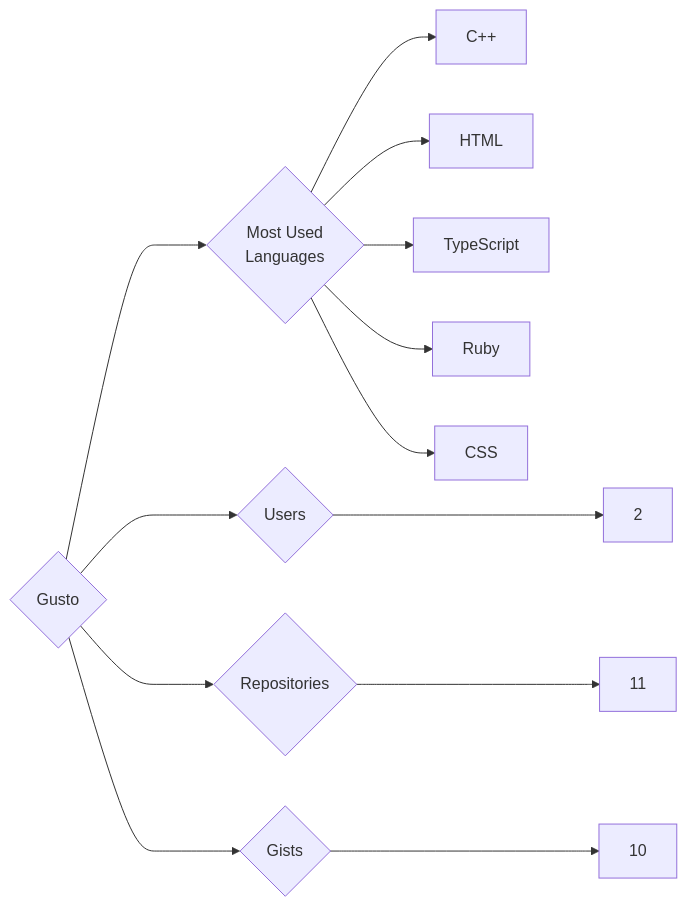
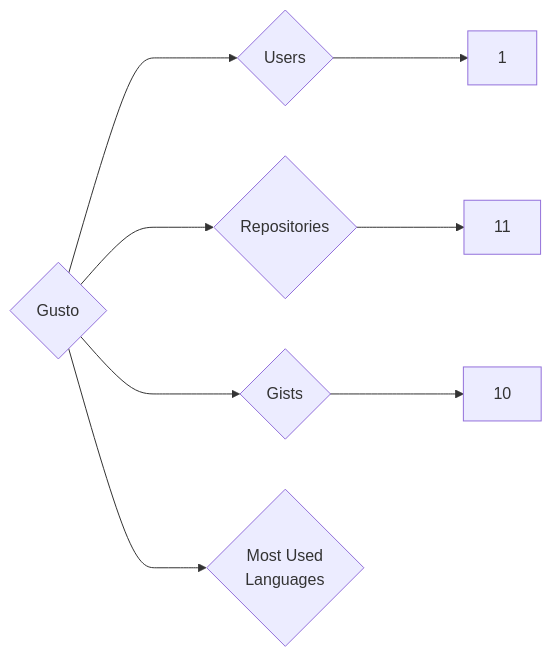
Before and after one commit to trickest/insiders: the diagram in targets/Gusto/README.md, drawn with Mermaid. The commit also changed 1003 other files, not shown here.

````diff
--- a/targets/Gusto/README.md
+++ b/targets/Gusto/README.md
@@ -3,13 +3,8 @@
 ```mermaid
 graph LR
 COMPANY_NAME{Gusto}
-COMPANY_NAME ---> U{Users} ---> UN[2]
+COMPANY_NAME ---> U{Users} ---> UN[1]
 COMPANY_NAME ---> R{Repositories} ---> RN[11]
 COMPANY_NAME ---> G{Gists} ---> GN[10]
 COMPANY_NAME ---> ML{Most Used<br>Languages}
-ML --> C++[C++]
-ML --> HTML[HTML]
-ML --> TypeScript[TypeScript]
-ML --> Ruby[Ruby]
-ML --> CSS[CSS]
 ```
````
